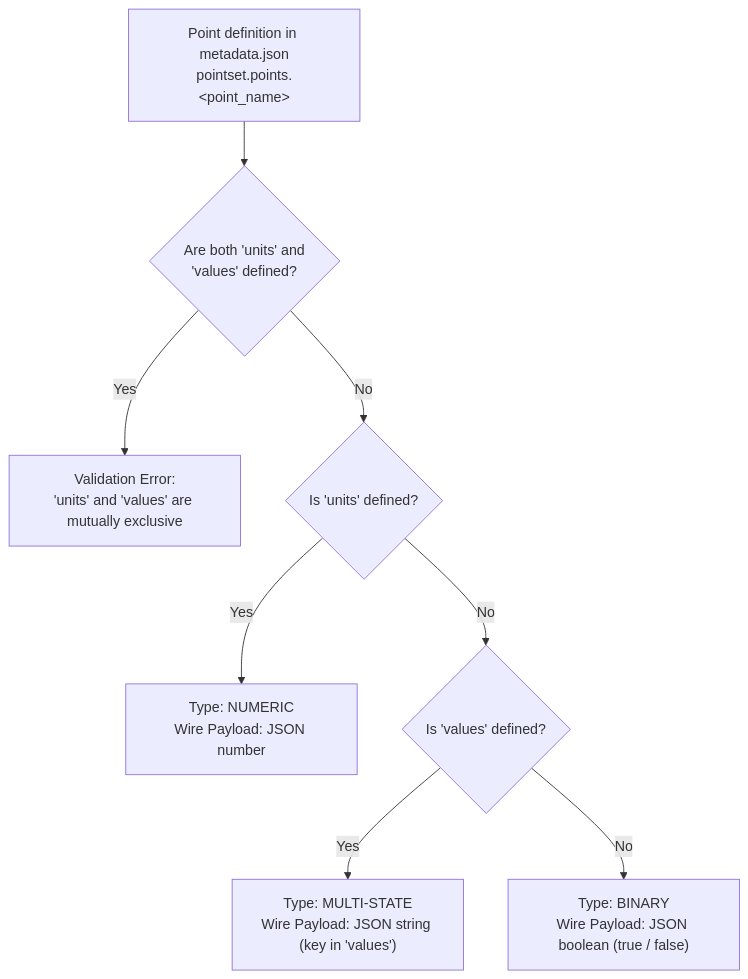
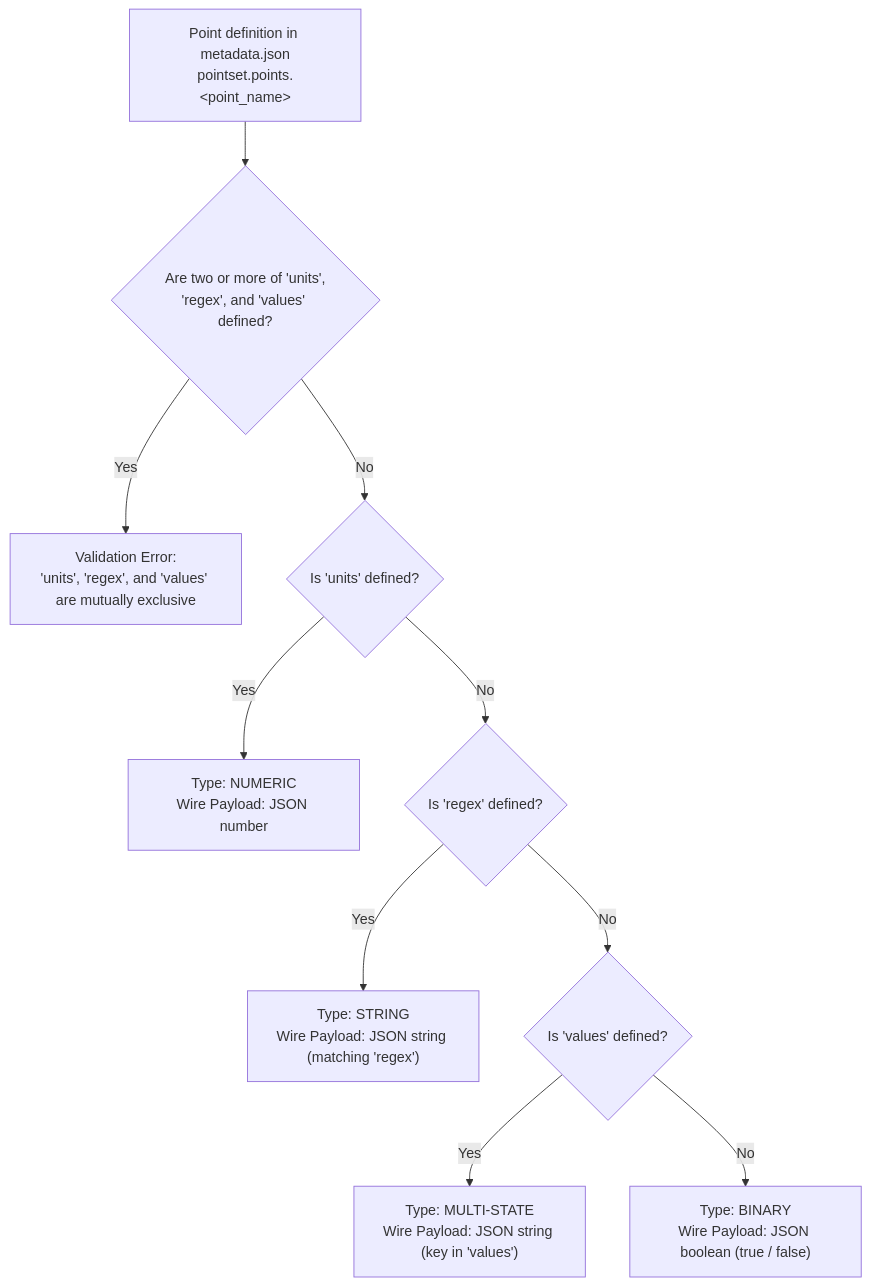
The diagram in docs/specs/point_typing.md (faucetsdn/udmi), drawn with Mermaid before and after one commit. The commit also changed other lines of this file and 1 other file, not shown here.

Commit message:
Add String point type defined by regex field

````diff
--- a/docs/specs/point_typing.md
+++ b/docs/specs/point_typing.md
@@ -20,10 +21,12 @@
 ```mermaid
 flowchart TD
-    A["Point definition in metadata.json<br/>pointset.points.&lt;point_name&gt;"] --> B{"Are both 'units' and<br/>'values' defined?"}
-    B -- Yes --> ERR["Validation Error:<br/>'units' and 'values' are mutually exclusive"]
+    A["Point definition in metadata.json<br/>pointset.points.&lt;point_name&gt;"] --> B{"Are two or more of 'units',<br/>'regex', and 'values' defined?"}
+    B -- Yes --> ERR["Validation Error:<br/>'units', 'regex', and 'values' are mutually exclusive"]
     B -- No --> C{"Is 'units' defined?"}
     C -- Yes --> NUM["Type: NUMERIC<br/>Wire Payload: JSON number"]
-    C -- No --> D{"Is 'values' defined?"}
+    C -- No --> S{"Is 'regex' defined?"}
+    S -- Yes --> STR["Type: STRING<br/>Wire Payload: JSON string (matching 'regex')"]
+    S -- No --> D{"Is 'values' defined?"}
     D -- Yes --> MS["Type: MULTI-STATE<br/>Wire Payload: JSON string (key in 'values')"]
     D -- No --> BIN["Type: BINARY<br/>Wire Payload: JSON boolean (true / false)"]
 ```
````
